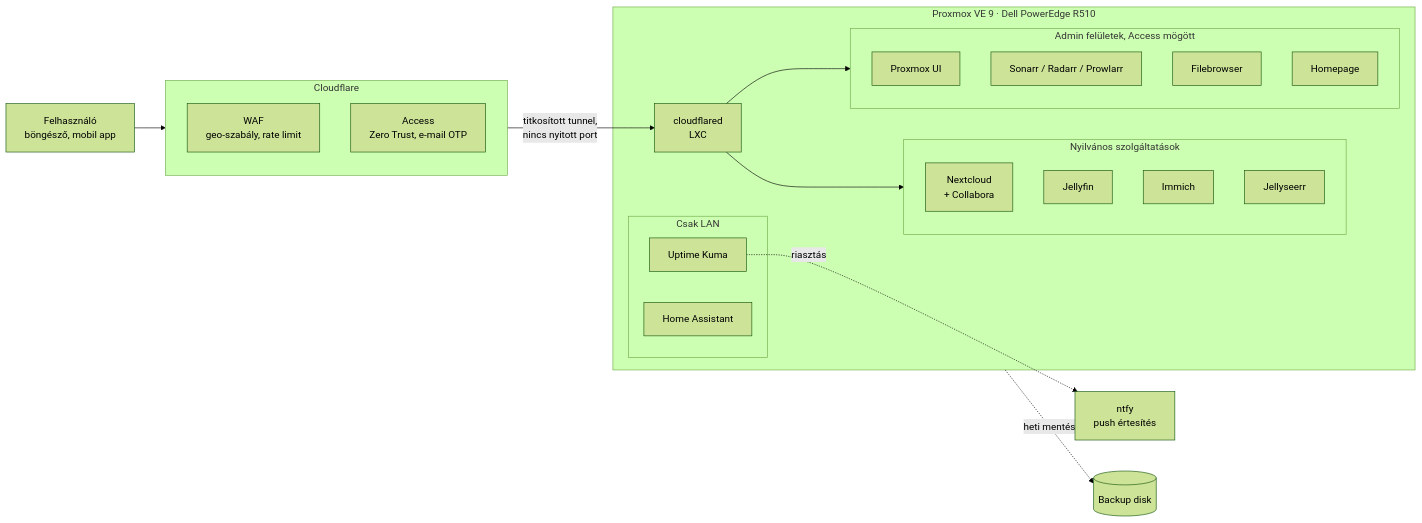
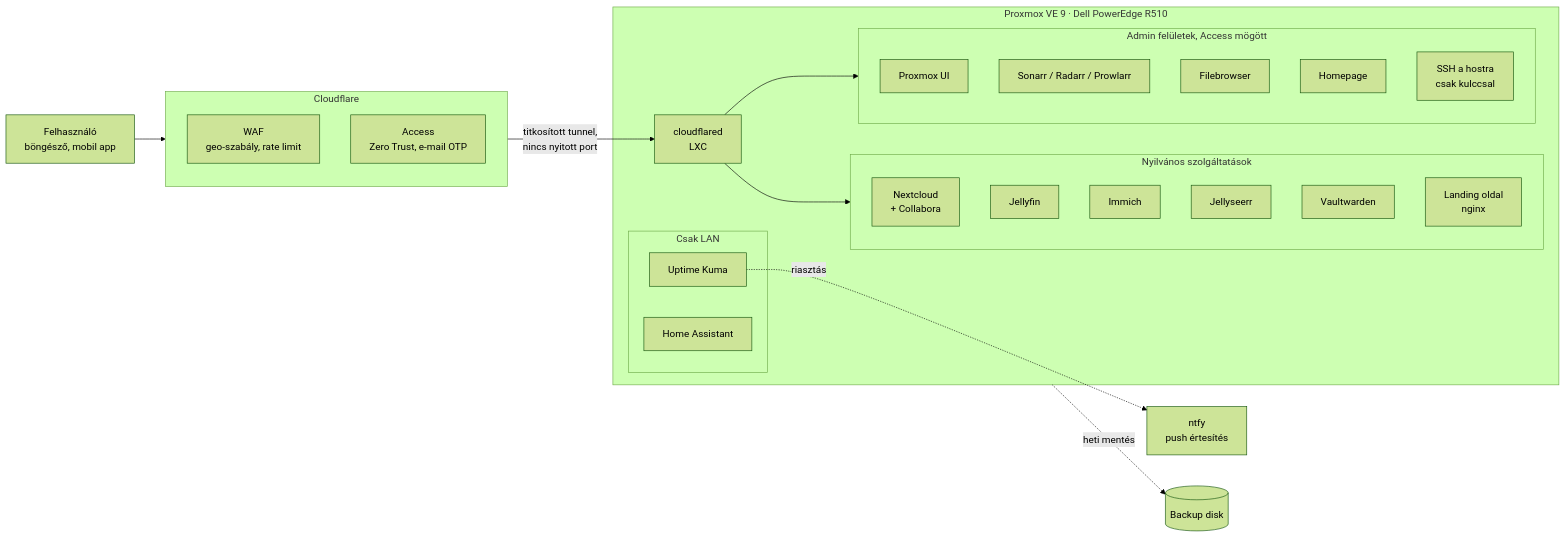
Before and after one commit to pappsebestyen/homelab: the diagram in README.md, drawn with Mermaid (forest theme). The commit also changed other lines of this file and 6 other files, not shown here.

````diff
--- a/README.md
+++ b/README.md
@@ -9,36 +9,39 @@
 ```mermaid
 flowchart LR
     U[Felhasználó<br/>böngésző, mobil app] --> CF
 
     subgraph CF[Cloudflare]
         WAF[WAF<br/>geo-szabály, rate limit]
         ACC[Access<br/>Zero Trust, e-mail OTP]
     end
 
     CF -- titkosított tunnel,<br/>nincs nyitott port --> T
 
     subgraph PVE[Proxmox VE 9 · Dell PowerEdge R510]
         T[cloudflared<br/>LXC]
         subgraph PUB[Nyilvános szolgáltatások]
             NC[Nextcloud<br/>+ Collabora]
             JF[Jellyfin]
             IM[Immich]
             JS[Jellyseerr]
+            VW[Vaultwarden]
+            WEB[Landing oldal<br/>nginx]
         end
         subgraph ADM[Admin felületek, Access mögött]
             PX[Proxmox UI]
             ARR[Sonarr / Radarr / Prowlarr]
             FB[Filebrowser]
             HP[Homepage]
+            SSH[SSH a hostra<br/>csak kulccsal]
         end
         subgraph LAN[Csak LAN]
             HA[Home Assistant]
             UK[Uptime Kuma]
         end
         T --> PUB
         T --> ADM
     end
 
     UK -. riasztás .-> N[ntfy<br/>push értesítés]
     PVE -. heti mentés .-> B[(Backup disk)]
 ```
````
